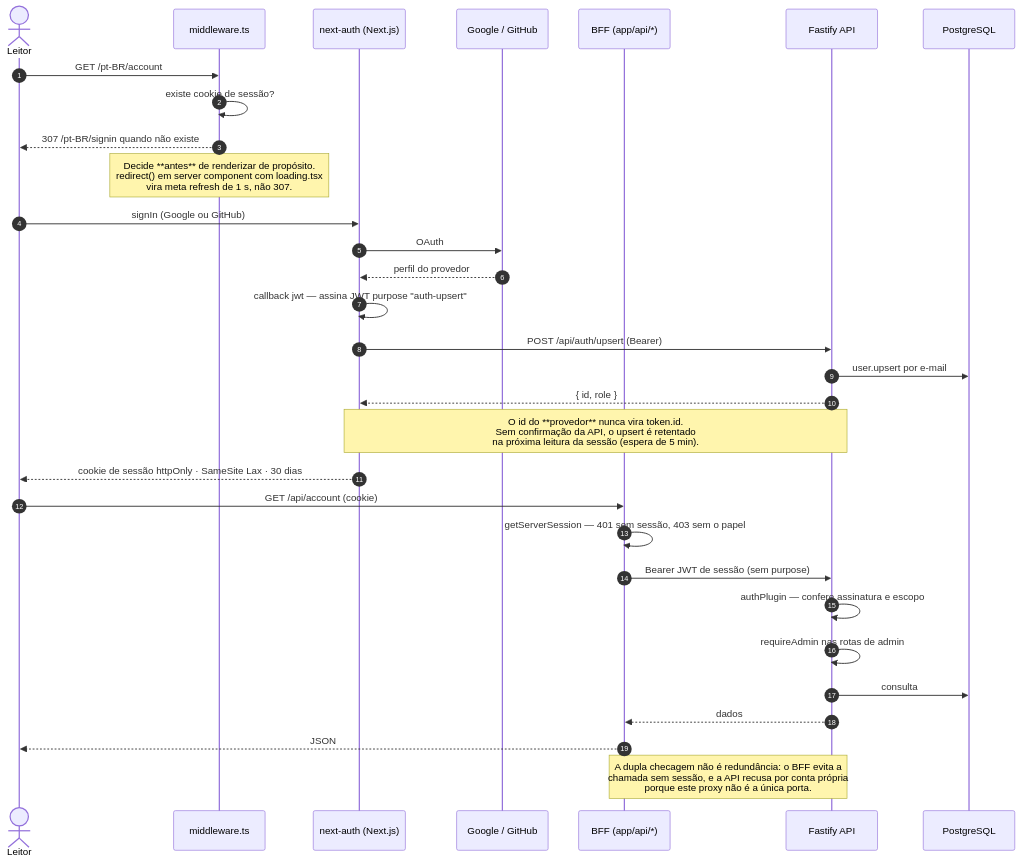
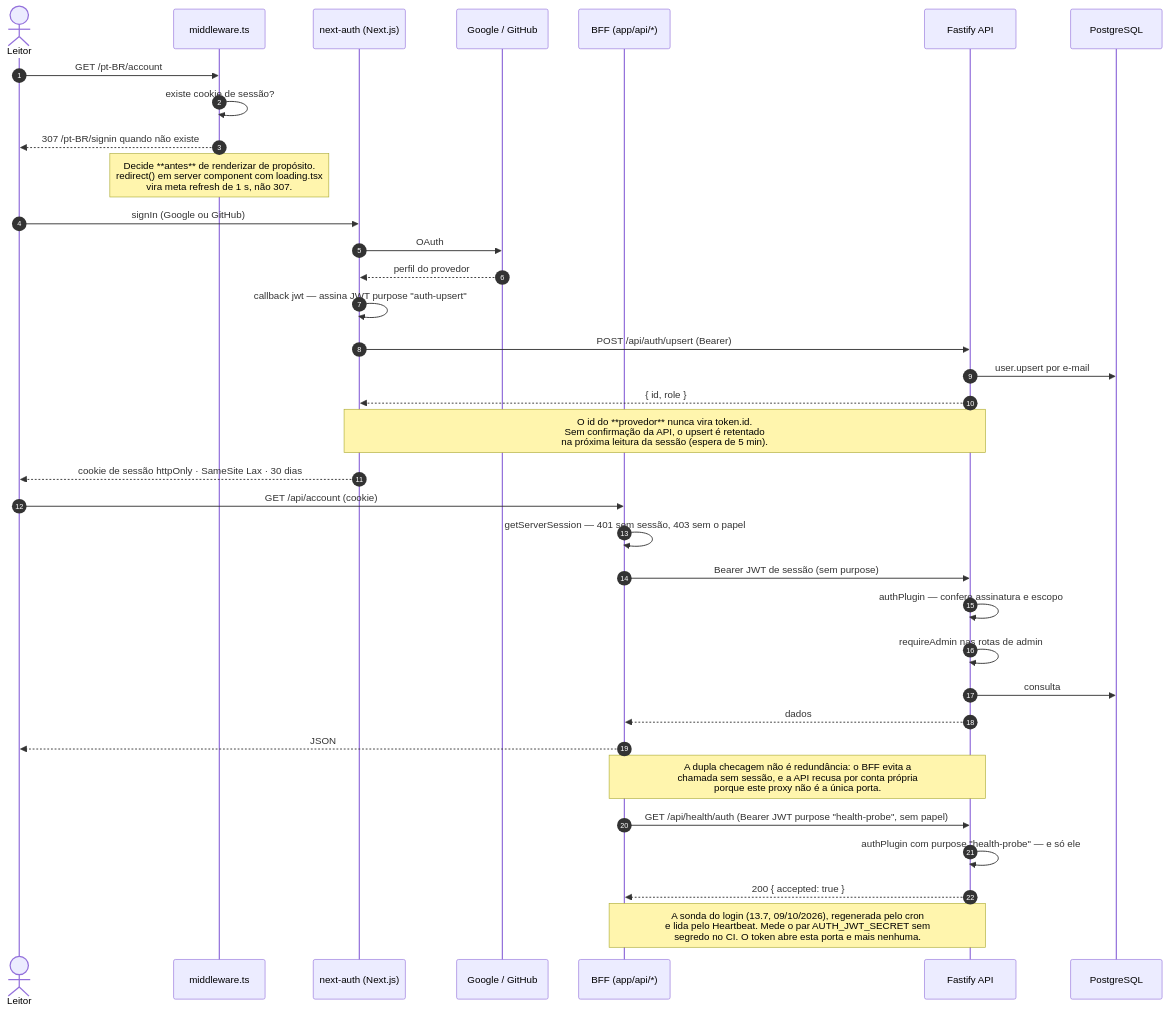
The diagram in docs/diagrams/auth-flow.mermaid (tavinholoco/newra-news), drawn with Mermaid before and after one commit. The commit also changed 14 other files, not shown here.

```diff
--- a/docs/diagrams/auth-flow.mermaid
+++ b/docs/diagrams/auth-flow.mermaid
@@ -1,44 +1,49 @@
 %% Fluxo de Sessão e Autorização — Newra News
 %% ---
 %% Criado em 01/09/2026. Existe porque contas, favoritos, preferências e admin
 %% são funções do produto desde a Fase 6 e não apareciam em diagrama nenhum —
 %% e porque o mecanismo é o menos óbvio do sistema: **a sessão vive no Next e
 %% a API está em outro host**, então o cookie do next-auth nunca chega nela.
 %% Quem atravessa é um JWT HS256 assinado com o `AUTH_JWT_SECRET`
 %% compartilhado, com escopo (`purpose`) declarado.
 sequenceDiagram
     autonumber
     actor L as Leitor
     participant MW as middleware.ts
     participant NA as next-auth (Next.js)
     participant OA as Google / GitHub
     participant BFF as BFF (app/api/*)
     participant API as Fastify API
     participant DB as PostgreSQL
 
     L->>MW: GET /pt-BR/account
     MW->>MW: existe cookie de sessão?
     MW-->>L: 307 /pt-BR/signin quando não existe
     Note over MW: Decide **antes** de renderizar de propósito.<br/>redirect() em server component com loading.tsx<br/>vira meta refresh de 1 s, não 307.
 
     L->>NA: signIn (Google ou GitHub)
     NA->>OA: OAuth
     OA-->>NA: perfil do provedor
 
     NA->>NA: callback jwt — assina JWT purpose "auth-upsert"
     NA->>API: POST /api/auth/upsert (Bearer)
     API->>DB: user.upsert por e-mail
     API-->>NA: { id, role }
     Note over NA,API: O id do **provedor** nunca vira token.id.<br/>Sem confirmação da API, o upsert é retentado<br/>na próxima leitura da sessão (espera de 5 min).
     NA-->>L: cookie de sessão httpOnly · SameSite Lax · 30 dias
 
     L->>BFF: GET /api/account (cookie)
     BFF->>BFF: getServerSession — 401 sem sessão, 403 sem o papel
     BFF->>API: Bearer JWT de sessão (sem purpose)
     API->>API: authPlugin — confere assinatura e escopo
     API->>API: requireAdmin nas rotas de admin
     API->>DB: consulta
     API-->>BFF: dados
     BFF-->>L: JSON
 
     Note over BFF,API: A dupla checagem não é redundância: o BFF evita a<br/>chamada sem sessão, e a API recusa por conta própria<br/>porque este proxy não é a única porta.
+
+    BFF->>API: GET /api/health/auth (Bearer JWT purpose "health-probe", sem papel)
+    API->>API: authPlugin com purpose "health-probe" — e só ele
+    API-->>BFF: 200 { accepted: true }
+    Note over BFF,API: A sonda do login (13.7, 09/10/2026), regenerada pelo cron<br/>e lida pelo Heartbeat. Mede o par AUTH_JWT_SECRET sem<br/>segredo no CI. O token abre esta porta e mais nenhuma.
```
